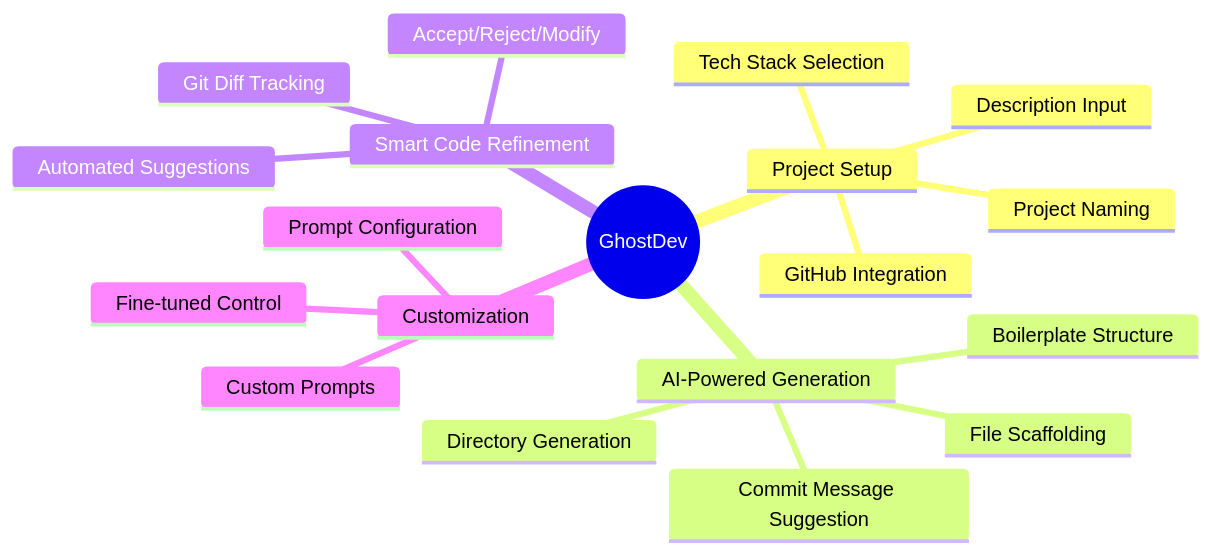
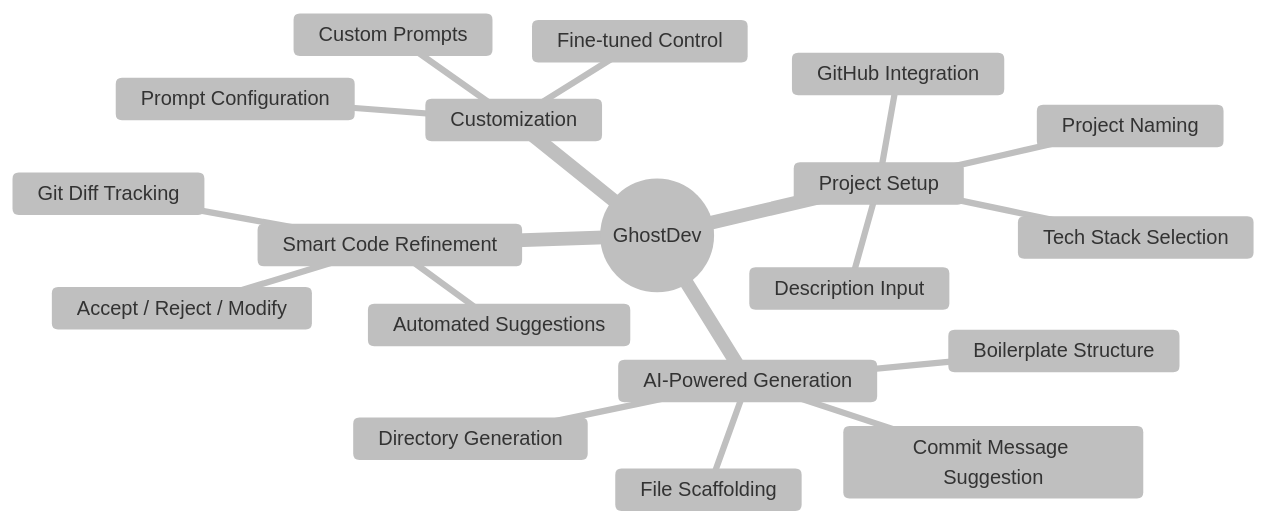
The first of 4 diagrams in README.md (mdgspace/GhostDev), drawn with Mermaid before and after one commit. The commit also changed other lines of this file and 1 other file, not shown here.

````diff
--- a/README.md
+++ b/README.md
@@ -13,22 +13,23 @@
 ```mermaid
+%%{init: {"theme": "base", "themeVariables": { "primaryColor": "#ffffff", "edgeLabelBackground":"#ffffff", "tertiaryColor": "#ffffff", "secondaryColor": "#ffffff", "primaryBorderColor":"#000000", "lineColor":"#000000", "textColor":"#000000"}}}%%
 mindmap
   root((GhostDev))
     Project Setup
       Project Naming
       Description Input
       Tech Stack Selection
       GitHub Integration
     AI-Powered Generation
       Boilerplate Structure
       Directory Generation
       File Scaffolding
       Commit Message Suggestion
     Smart Code Refinement
       Git Diff Tracking
       Automated Suggestions
-      Accept/Reject/Modify
+      Accept / Reject / Modify
     Customization
       Custom Prompts
       Prompt Configuration
       Fine-tuned Control
 ```
````
